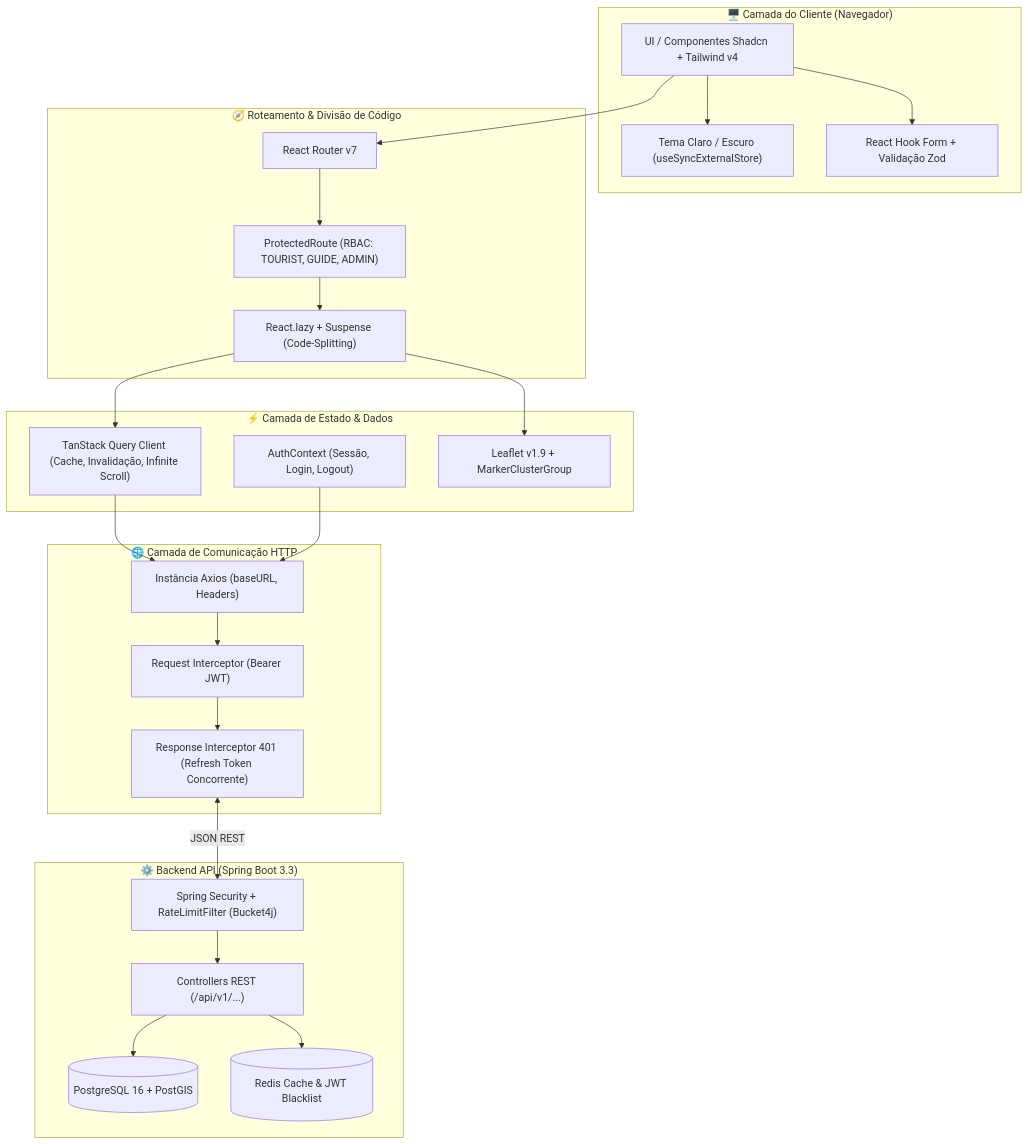
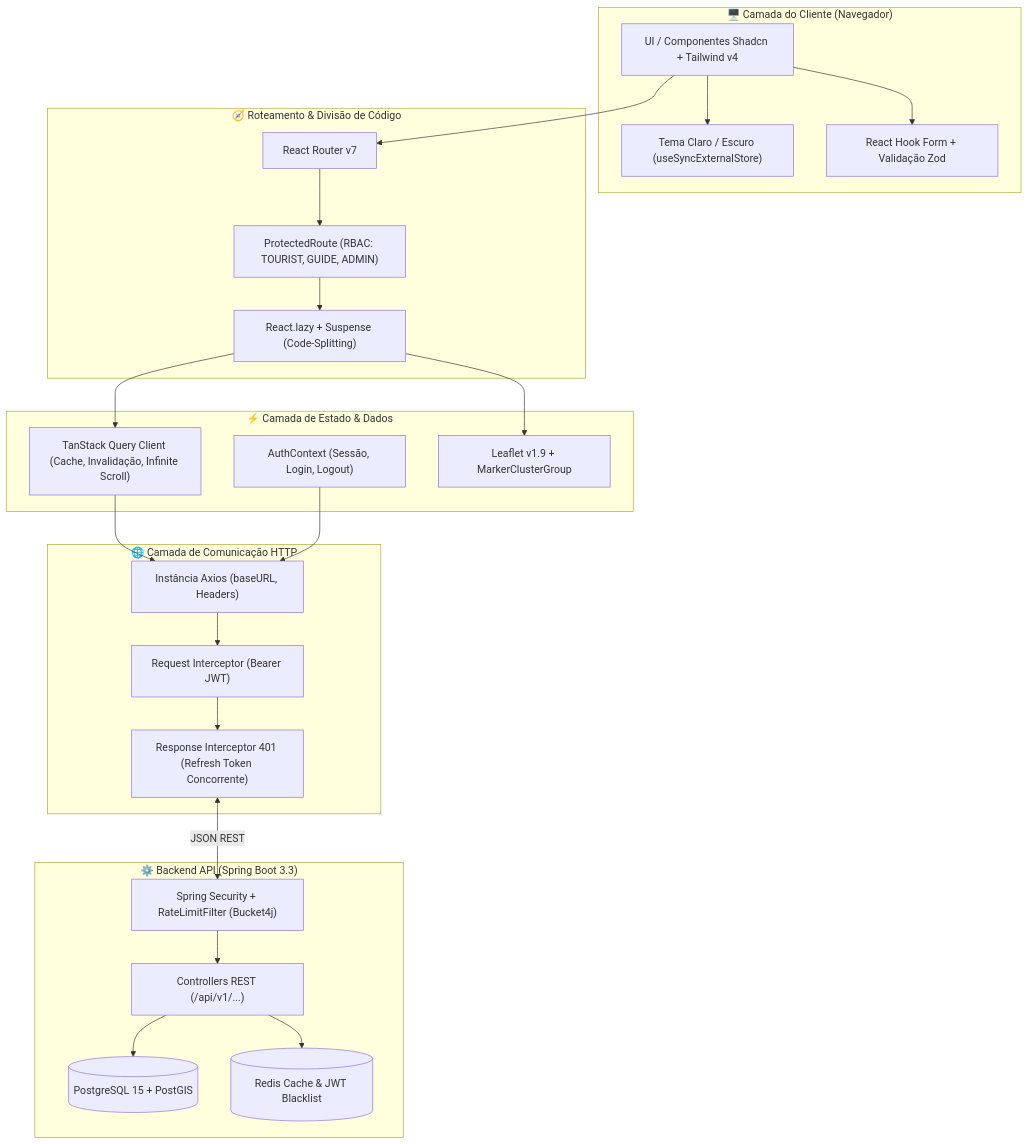
Before and after one commit to iago-alves333/titureco-frontend: the first of 2 diagrams in README.md, drawn with Mermaid. The commit also changed other lines of this file, not shown here.

````diff
--- a/README.md
+++ b/README.md
@@ -42,49 +42,49 @@
 ```mermaid
 flowchart TD
     subgraph Client["🖥️ Camada do Cliente (Navegador)"]
         UI["UI / Componentes Shadcn + Tailwind v4"]
         Theme["Tema Claro / Escuro (useSyncExternalStore)"]
         Forms["React Hook Form + Validação Zod"]
     end
 
     subgraph Router["🧭 Roteamento & Divisão de Código"]
         RR["React Router v7"]
         Lazy["React.lazy + Suspense (Code-Splitting)"]
         Guard["ProtectedRoute (RBAC: TOURIST, GUIDE, ADMIN)"]
     end
 
     subgraph State["⚡ Camada de Estado & Dados"]
         AuthCtx["AuthContext (Sessão, Login, Logout)"]
         RQ["TanStack Query Client (Cache, Invalidação, Infinite Scroll)"]
         LeafletLib["Leaflet v1.9 + MarkerClusterGroup"]
     end
 
     subgraph Network["🌐 Camada de Comunicação HTTP"]
         Axios["Instância Axios (baseURL, Headers)"]
         ReqInterceptor["Request Interceptor (Bearer JWT)"]
         ResInterceptor["Response Interceptor 401 (Refresh Token Concorrente)"]
     end
 
     subgraph Backend["⚙️ Backend API (Spring Boot 3.3)"]
         SecFilter["Spring Security + RateLimitFilter (Bucket4j)"]
         REST["Controllers REST (/api/v1/...)"]
-        DB[(PostgreSQL 16 + PostGIS)]
+        DB[(PostgreSQL 15 + PostGIS)]
         RedisCache[(Redis Cache & JWT Blacklist)]
     end
 
     UI --> Forms
     UI --> Theme
     UI --> RR
     RR --> Guard
     Guard --> Lazy
     Lazy --> RQ
     Lazy --> LeafletLib
     RQ --> Axios
     AuthCtx --> Axios
     Axios --> ReqInterceptor
     ReqInterceptor --> ResInterceptor
     ResInterceptor <-->|JSON REST| SecFilter
     SecFilter --> REST
     REST --> DB
     REST --> RedisCache
 ```
````
